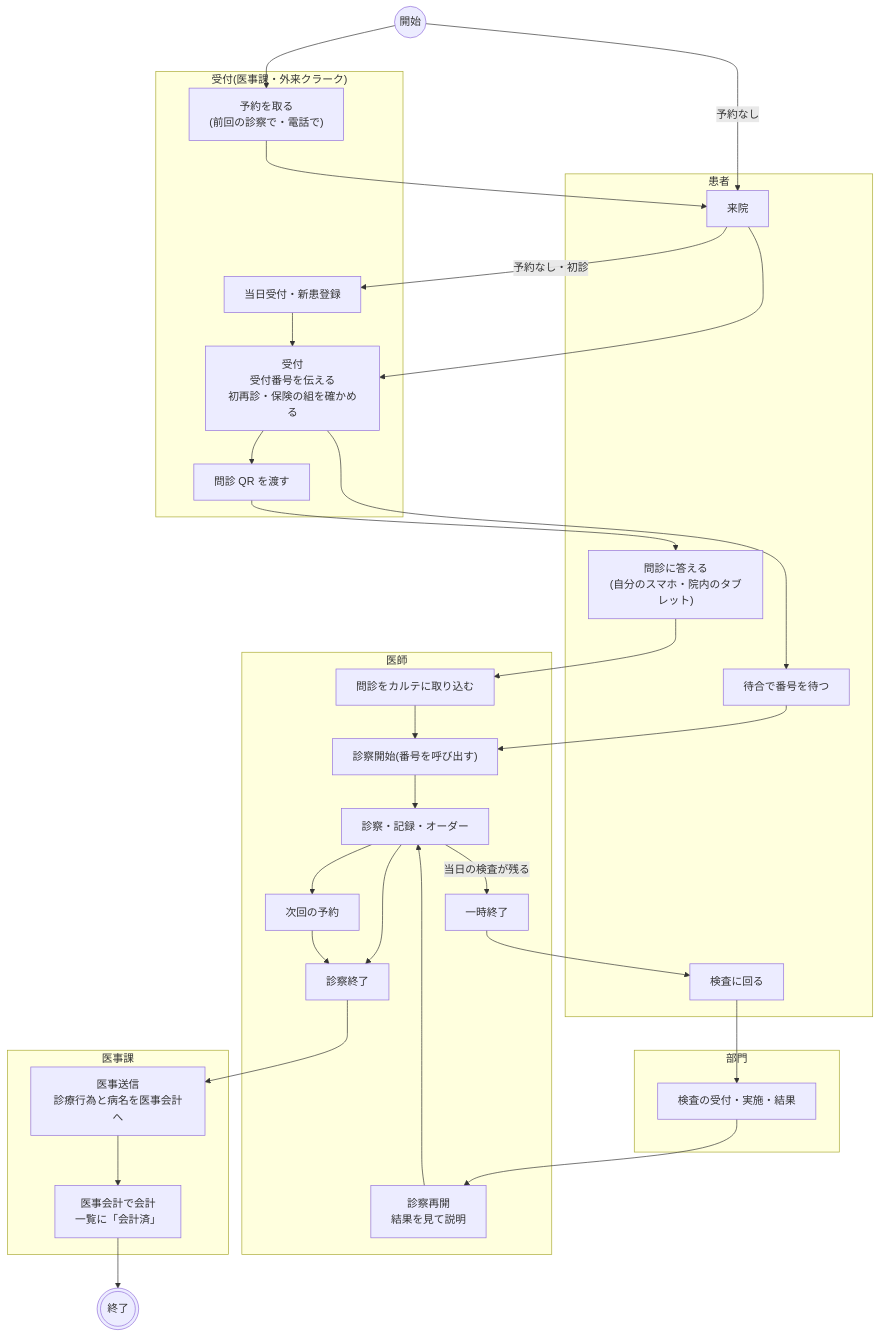
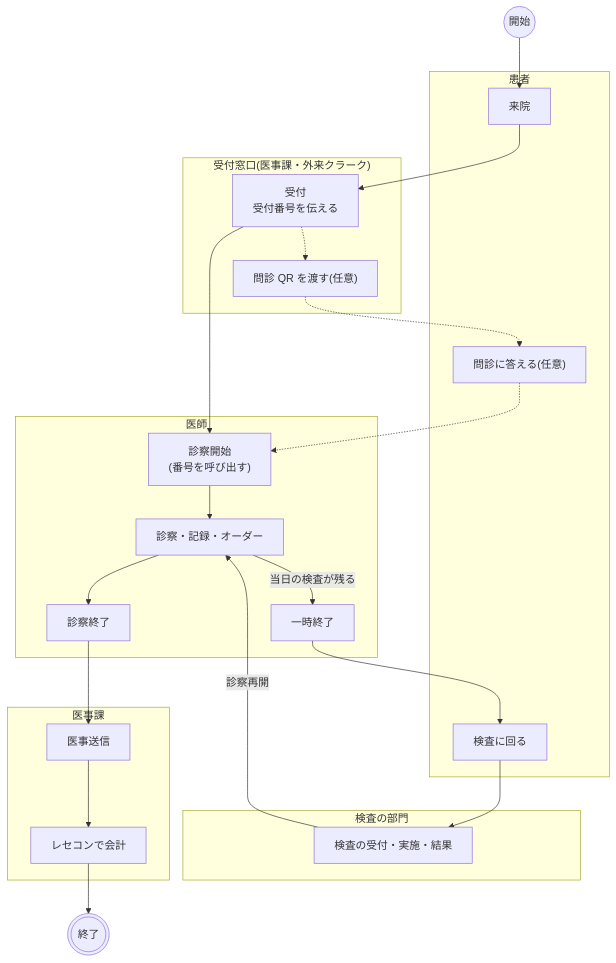
Before and after one commit to ysnr-dev/fhir-client: the first of 18 diagrams in docs/order-flows/outpatient.md, drawn with Mermaid. The commit also changed other lines of this file and 14 other files, not shown here.

Commit message:
docs: 業務フローに書き方の決まりを追加し図と用語を整理

````diff
--- a/docs/order-flows/outpatient.md
+++ b/docs/order-flows/outpatient.md
@@ -29,51 +14,39 @@
 ```mermaid
 flowchart TD
   start(("開始"))
   finish((("終了")))
 
-  subgraph front["受付(医事課・外来クラーク)"]
-    book["予約を取る<br/>(前回の診察で・電話で)"]
-    reception["受付<br/>受付番号を伝える<br/>初再診・保険の組を確かめる"]
-    walkin["当日受付・新患登録"]
-    intakeQr["問診 QR を渡す"]
+  subgraph front["受付窓口(医事課・外来クラーク)"]
+    reception["受付<br/>受付番号を伝える"]
+    intakeQr["問診 QR を渡す(任意)"]
   end
 
   subgraph patient["患者"]
     arrive["来院"]
-    intake["問診に答える<br/>(自分のスマホ・院内のタブレット)"]
-    wait["待合で番号を待つ"]
+    intake["問診に答える(任意)"]
     exam["検査に回る"]
   end
 
   subgraph doctor["医師"]
-    importIntake["問診をカルテに取り込む"]
-    callIn["診察開始(番号を呼び出す)"]
+    callIn["診察開始<br/>(番号を呼び出す)"]
     write["診察・記録・オーダー"]
     pause["一時終了"]
-    resume["診察再開<br/>結果を見て説明"]
     done["診察終了"]
-    nextBook["次回の予約"]
   end
 
-  subgraph dept["部門"]
+  subgraph dept["検査の部門"]
     perform["検査の受付・実施・結果"]
   end
 
   subgraph billing["医事課"]
-    send["医事送信<br/>診療行為と病名を医事会計へ"]
-    pay["医事会計で会計<br/>一覧に「会計済」"]
+    send["医事送信"]
+    pay["レセコンで会計"]
   end
 
-  start --> book --> arrive
-  start -- "予約なし" --> arrive
-  arrive --> reception
-  arrive -- "予約なし・初診" --> walkin --> reception
-  reception --> intakeQr --> intake --> importIntake
-  reception --> wait --> callIn
-  importIntake --> callIn
+  start --> arrive --> reception --> callIn
+  reception -.-> intakeQr -.-> intake -.-> callIn
   callIn --> write
-  write -- "当日の検査が残る" --> pause --> exam --> perform --> resume --> write
-  write --> done
-  write --> nextBook --> done
-  done --> send --> pay --> finish
+  write -- "当日の検査が残る" --> pause --> exam --> perform
+  perform -- "診察再開" --> write
+  write --> done --> send --> pay --> finish
 ```
````
